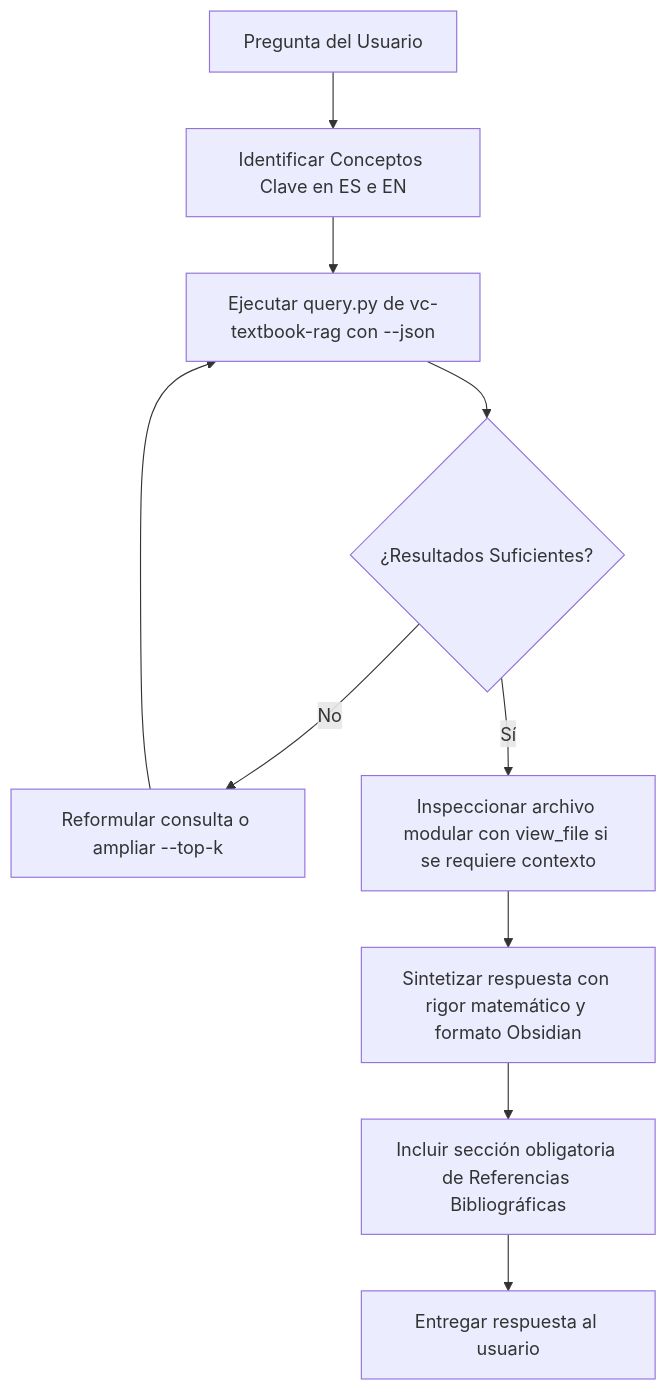
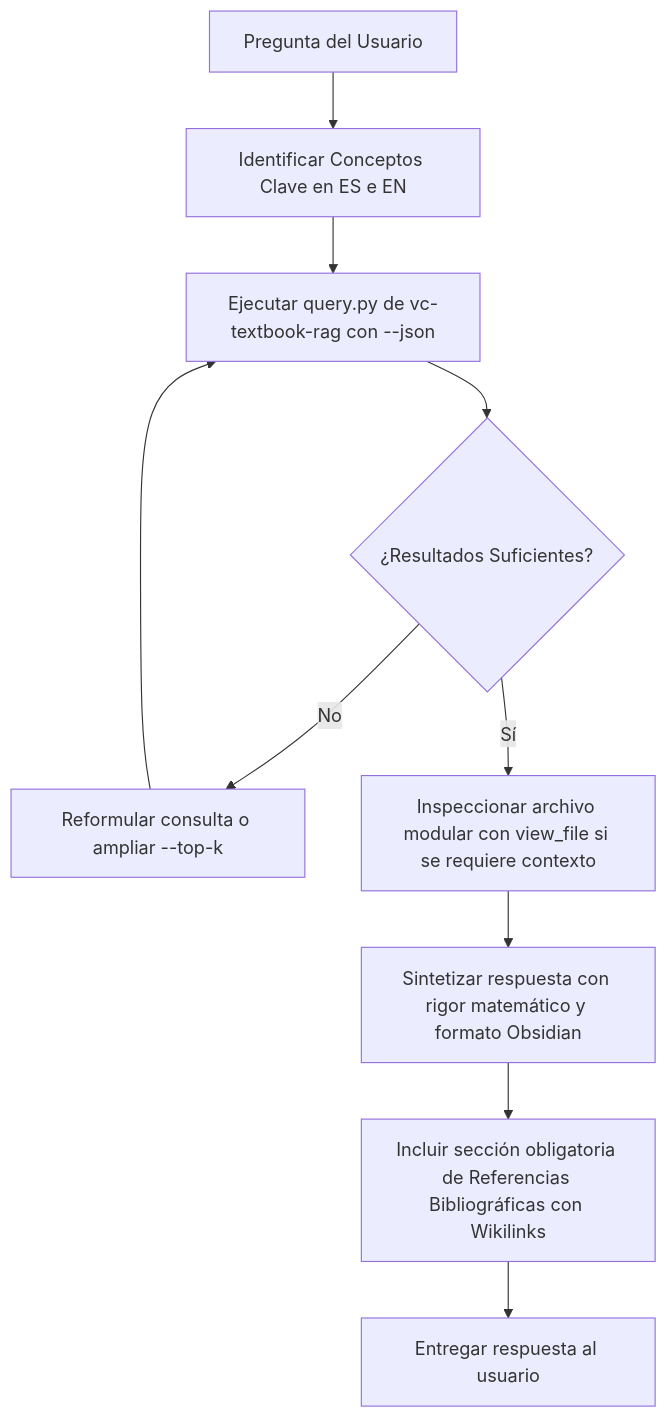
Before and after one commit to DanielChicoUGR/VC_APUNTES: the diagram in AGENTS.md, drawn with Mermaid. The commit also changed other lines of this file and 7 other files, not shown here.

````diff
--- a/AGENTS.md
+++ b/AGENTS.md
@@ -111,12 +114,12 @@
 ```mermaid
 flowchart TD
     A[Pregunta del Usuario] --> B[Identificar Conceptos Clave en ES e EN]
     B --> C[Ejecutar query.py de vc-textbook-rag con --json]
     C --> D{¿Resultados Suficientes?}
     D -- No --> E[Reformular consulta o ampliar --top-k]
     E --> C
     D -- Sí --> F[Inspeccionar archivo modular con view_file si se requiere contexto]
     F --> G[Sintetizar respuesta con rigor matemático y formato Obsidian]
-    G --> H[Incluir sección obligatoria de Referencias Bibliográficas]
+    G --> H[Incluir sección obligatoria de Referencias Bibliográficas con Wikilinks]
     H --> I[Entregar respuesta al usuario]
 ```
````
